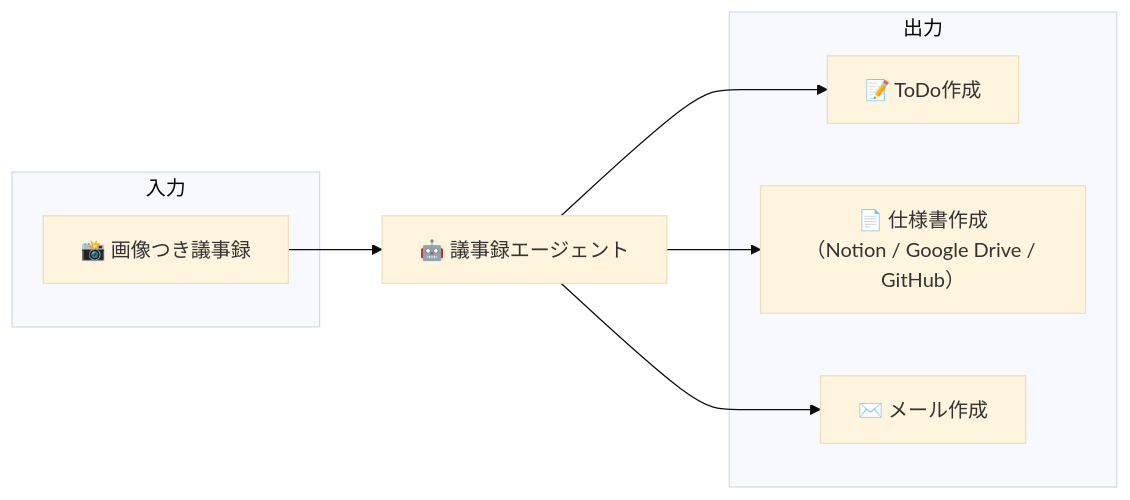
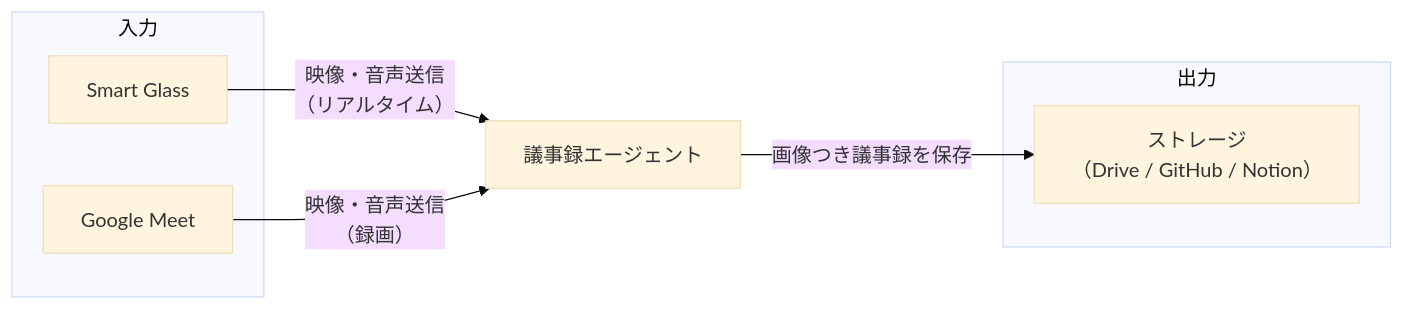
One commit to supertask/MentraAgent changed the diagram in docs/UML/Agents/1_MinutesAgent_FlowChart.md. Above: the diagram before and after it, drawn with Mermaid (base theme). The commit also changed 1 other file, not shown here.

Commit message:
update チャート

````diff
--- a/docs/UML/Agents/1_MinutesAgent_FlowChart.md
+++ b/docs/UML/Agents/1_MinutesAgent_FlowChart.md
@@ -1,19 +1,17 @@
 ```mermaid
 flowchart LR
     subgraph Input["入力"]
-        G[📸 画像つき議事録]
+        SG[Smart Glass]
+        GM[Google Meet]
     end
 
-        MA[🤖 議事録エージェント]
+    API[議事録エージェント]
 
     subgraph Output["出力"]
-        TODO[📝 ToDo作成]
-        SPEC[📄 仕様書作成<br/>（Notion / Google Drive / GitHub）]
-        MAIL[✉️ メール作成]
+        Storage[ストレージ<br/>（Drive / GitHub / Notion）]
     end
 
-    G --> MA
-    MA --> TODO
-    MA --> SPEC
-    MA --> MAIL
+    SG -->|"映像・音声送信<br/>（リアルタイム）"| API
+    GM -->|"映像・音声送信<br/>（録画）"| API
+    API -->|"画像つき議事録を保存"| Storage
 ```
````
